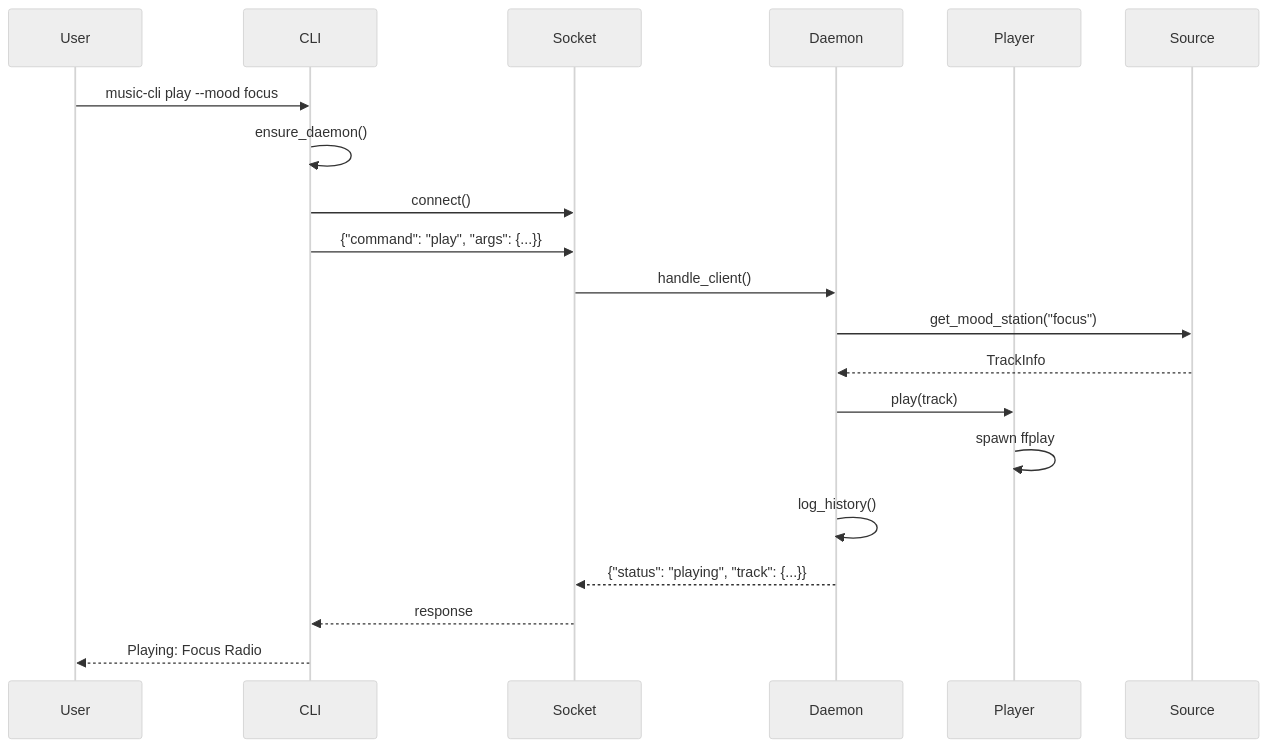
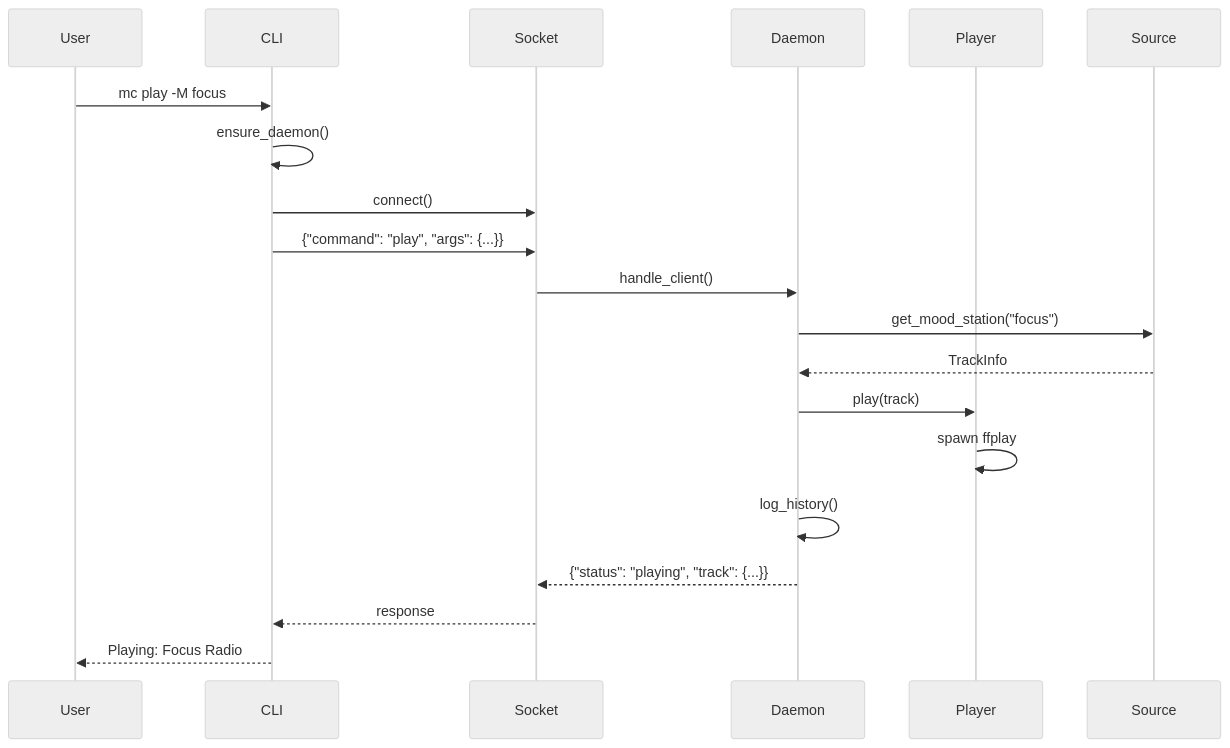
Before and after one commit to luongnv89/music-cli: the second of 4 diagrams in docs/architecture.md, drawn with Mermaid (neutral theme). The commit also changed 3 other files, not shown here.

````diff
--- a/docs/architecture.md
+++ b/docs/architecture.md
@@ -67,23 +67,23 @@
 ```mermaid
 sequenceDiagram
     participant User
     participant CLI
     participant Socket
     participant Daemon
     participant Player
     participant Source
 
-    User->>CLI: music-cli play --mood focus
+    User->>CLI: mc play -M focus
     CLI->>CLI: ensure_daemon()
     CLI->>Socket: connect()
     CLI->>Socket: {"command": "play", "args": {...}}
     Socket->>Daemon: handle_client()
     Daemon->>Source: get_mood_station("focus")
     Source-->>Daemon: TrackInfo
     Daemon->>Player: play(track)
     Player->>Player: spawn ffplay
     Daemon->>Daemon: log_history()
     Daemon-->>Socket: {"status": "playing", "track": {...}}
     Socket-->>CLI: response
     CLI-->>User: Playing: Focus Radio
 ```
````
